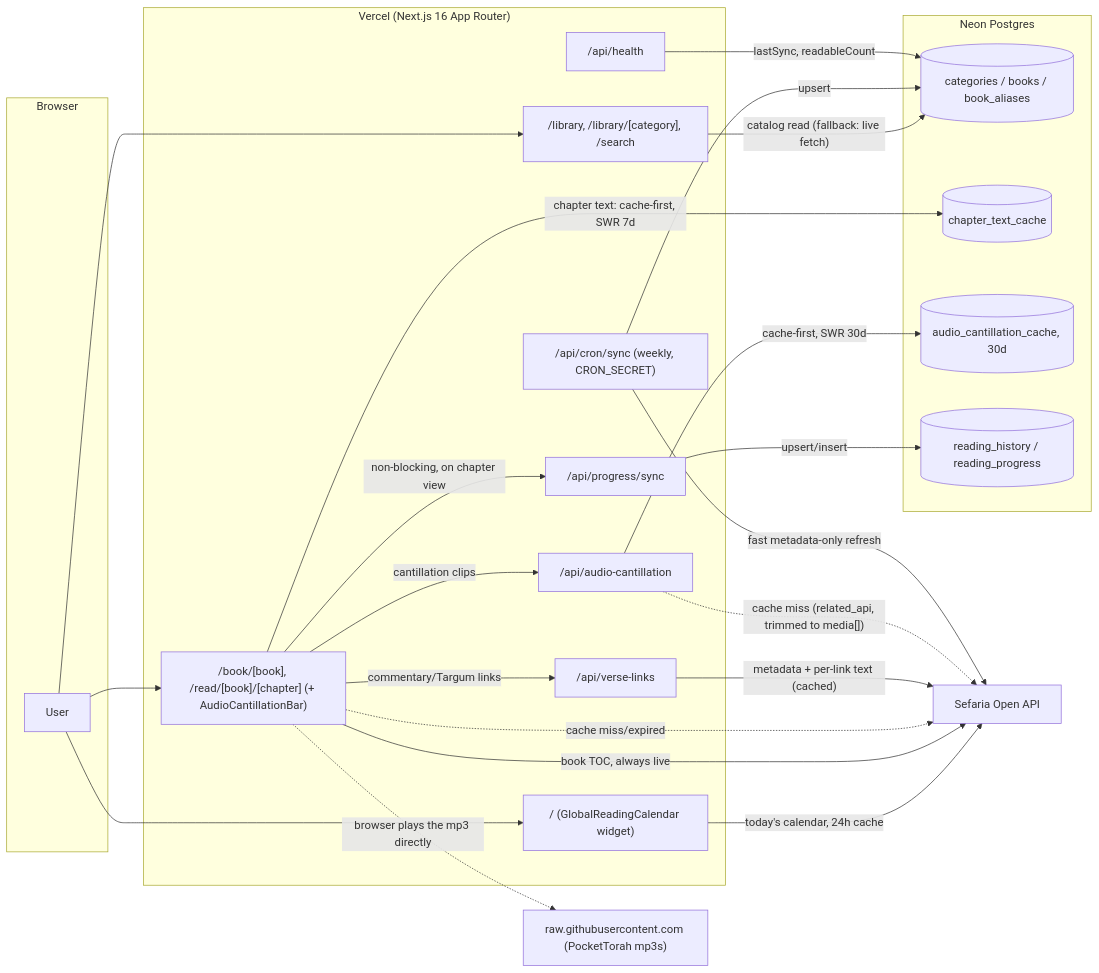
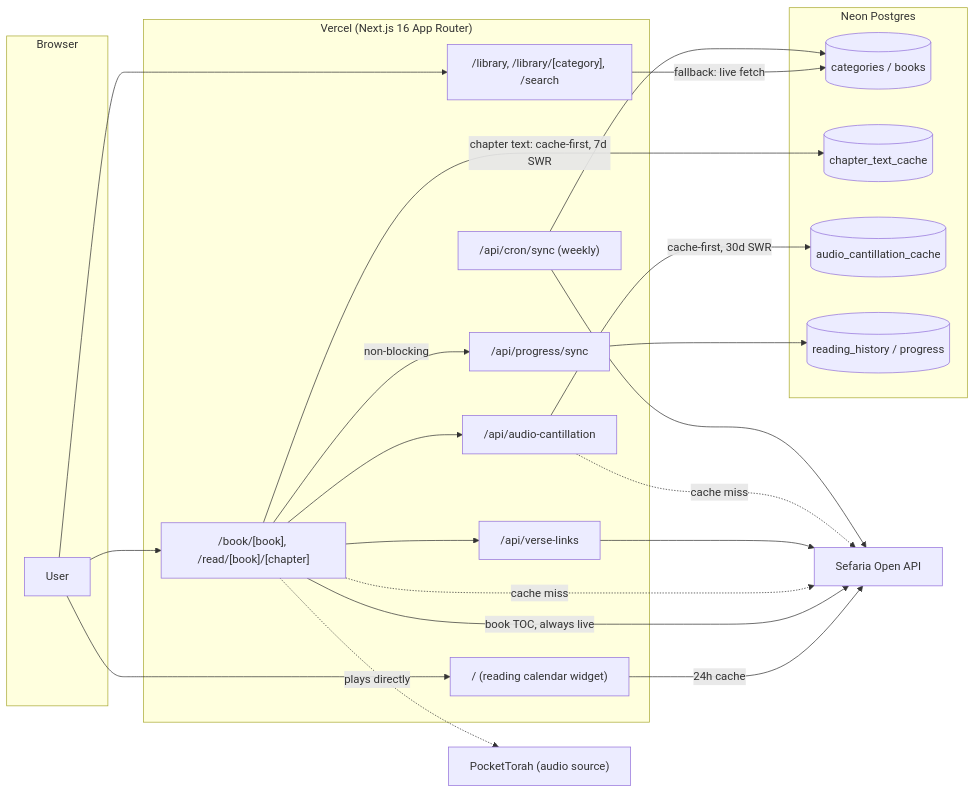
One commit to minhtai0611/israeli-inspired-3d-book-website changed the diagram in README.md. Above: the diagram before and after it, drawn with Mermaid. The commit also changed other lines of this file, not shown here.

````diff
--- a/README.md
+++ b/README.md
@@ -66,44 +91,37 @@
 ```mermaid
 flowchart LR
     subgraph Browser
         U[User]
     end
     subgraph Vercel["Vercel (Next.js 16 App Router)"]
-        Home["/ (GlobalReadingCalendar widget)"]
+        Home["/ (reading calendar widget)"]
         Browse["/library, /library/[category], /search"]
-        Read["/book/[book], /read/[book]/[chapter] (+ AudioCantillationBar)"]
+        Read["/book/[book], /read/[book]/[chapter]"]
         ProgressAPI["/api/progress/sync"]
         LinksAPI["/api/verse-links"]
         AudioAPI["/api/audio-cantillation"]
-        Cron["/api/cron/sync (weekly, CRON_SECRET)"]
-        Health["/api/health"]
+        Cron["/api/cron/sync (weekly)"]
     end
     subgraph Neon["Neon Postgres"]
-        DB[(categories / books / book_aliases)]
+        DB[(categories / books)]
         Cache[(chapter_text_cache)]
-        AudioCache[(audio_cantillation_cache, 30d)]
-        Reader[(reading_history / reading_progress)]
+        AudioCache[(audio_cantillation_cache)]
+        Reader[(reading_history / progress)]
     end
     Sefaria["Sefaria Open API"]
-    PocketTorah["raw.githubusercontent.com (PocketTorah mp3s)"]
+    PocketTorah["PocketTorah (audio source)"]
 
-    U --> Home
-    U --> Browse
-    U --> Read
-    Home -- "today's calendar, 24h cache" --> Sefaria
-    Browse -- "catalog read (fallback: live fetch)" --> DB
+    U --> Home & Browse & Read
+    Home -- "24h cache" --> Sefaria
+    Browse -- "fallback: live fetch" --> DB
     Read -- "book TOC, always live" --> Sefaria
-    Read -- "chapter text: cache-first, SWR 7d" --> Cache
-    Read -. "cache miss/expired" .-> Sefaria
-    Read -- "commentary/Targum links" --> LinksAPI
-    LinksAPI -- "metadata + per-link text (cached)" --> Sefaria
-    Read -- "cantillation clips" --> AudioAPI
-    AudioAPI -- "cache-first, SWR 30d" --> AudioCache
-    AudioAPI -. "cache miss (related_api, trimmed to media[])" .-> Sefaria
-    Read -. "browser plays the mp3 directly" .-> PocketTorah
-    Read -- "non-blocking, on chapter view" --> ProgressAPI
-    ProgressAPI -- "upsert/insert" --> Reader
-    Cron -- "fast metadata-only refresh" --> Sefaria
-    Cron -- "upsert" --> DB
-    Health -- "lastSync, readableCount" --> DB
+    Read -- "chapter text: cache-first, 7d SWR" --> Cache
+    Read -. "cache miss" .-> Sefaria
+    Read --> LinksAPI --> Sefaria
+    Read --> AudioAPI -- "cache-first, 30d SWR" --> AudioCache
+    AudioAPI -. "cache miss" .-> Sefaria
+    Read -. "plays directly" .-> PocketTorah
+    Read -- "non-blocking" --> ProgressAPI --> Reader
+    Cron --> Sefaria
+    Cron --> DB
 ```
````
